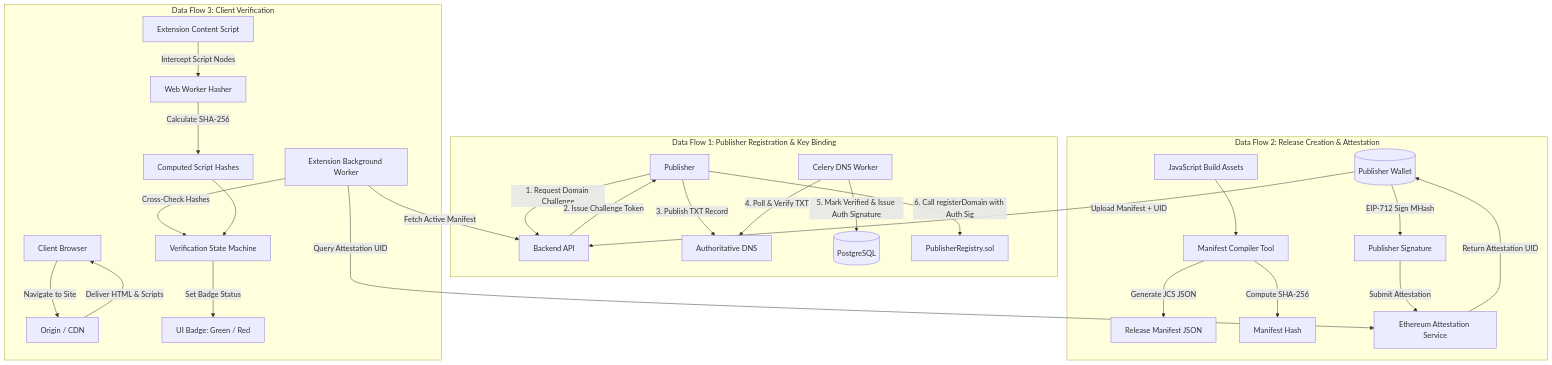
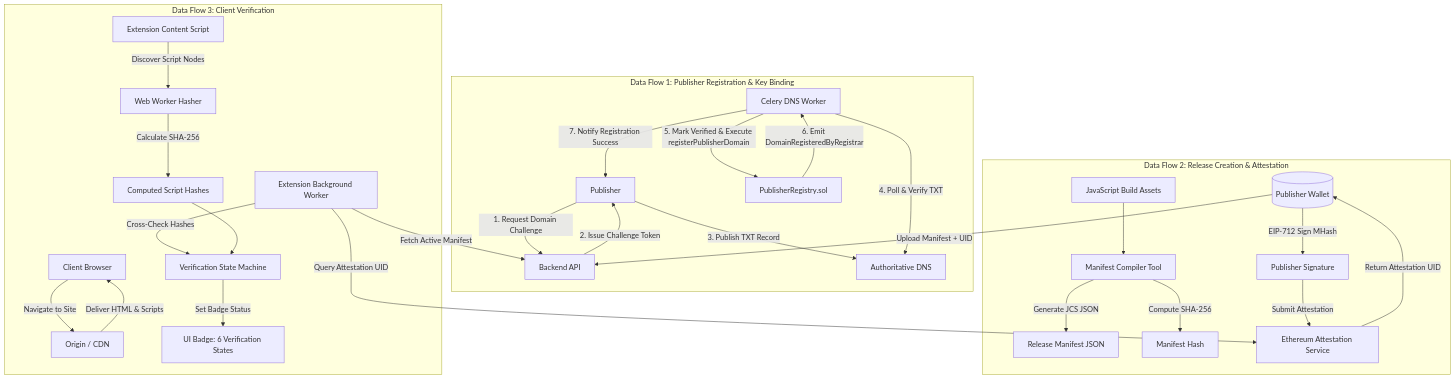
One commit to MustafaPinjari/LUCENTRA changed the diagram in docs/03-architecture/DATA_FLOW.md. Above: the diagram before and after it, drawn with Mermaid. The commit also changed other lines of this file and 181 other files, not shown here.

````diff
--- a/docs/03-architecture/DATA_FLOW.md
+++ b/docs/03-architecture/DATA_FLOW.md
@@ -18,33 +18,34 @@
 ```mermaid
 flowchart TD
     subgraph Flow1["Data Flow 1: Publisher Registration & Key Binding"]
         P1[Publisher] -->|1. Request Domain Challenge| API1[Backend API]
         API1 -->|2. Issue Challenge Token| P1
         P1 -->|3. Publish TXT Record| DNS[Authoritative DNS]
         Worker[Celery DNS Worker] -->|4. Poll & Verify TXT| DNS
-        Worker -->|5. Mark Verified & Issue Auth Signature| DB[(PostgreSQL)]
-        P1 -->|6. Call registerDomain with Auth Sig| Contract[PublisherRegistry.sol]
+        Worker -->|5. Mark Verified & Execute registerPublisherDomain| Contract[PublisherRegistry.sol]
+        Contract -->|6. Emit DomainRegisteredByRegistrar| Worker
+        Worker -->|7. Notify Registration Success| P1
     end
 
     subgraph Flow2["Data Flow 2: Release Creation & Attestation"]
         Assets[JavaScript Build Assets] --> Compiler[Manifest Compiler Tool]
         Compiler -->|Generate JCS JSON| Manifest[Release Manifest JSON]
         Compiler -->|Compute SHA-256| MHash[Manifest Hash]
         PublisherWallet[(Publisher Wallet)] -->|EIP-712 Sign MHash| Sig[Publisher Signature]
         Sig -->|Submit Attestation| EAS[Ethereum Attestation Service]
         EAS -->|Return Attestation UID| PublisherWallet
         PublisherWallet -->|Upload Manifest + UID| API1
     end
 
     subgraph Flow3["Data Flow 3: Client Verification"]
         UserBrowser[Client Browser] -->|Navigate to Site| WebServer[Origin / CDN]
         WebServer -->|Deliver HTML & Scripts| UserBrowser
-        ExtContent[Extension Content Script] -->|Intercept Script Nodes| WorkerHasher[Web Worker Hasher]
+        ExtContent[Extension Content Script] -->|Discover Script Nodes| WorkerHasher[Web Worker Hasher]
         WorkerHasher -->|Calculate SHA-256| LocalDigests[Computed Script Hashes]
         ExtBackground[Extension Background Worker] -->|Fetch Active Manifest| API1
         ExtBackground -->|Query Attestation UID| EAS
         ExtBackground -->|Cross-Check Hashes| Matcher[Verification State Machine]
         LocalDigests --> Matcher
-        Matcher -->|Set Badge Status| ExtBadge[UI Badge: Green / Red]
+        Matcher -->|Set Badge Status| ExtBadge[UI Badge: 6 Verification States]
     end
 ```
````
